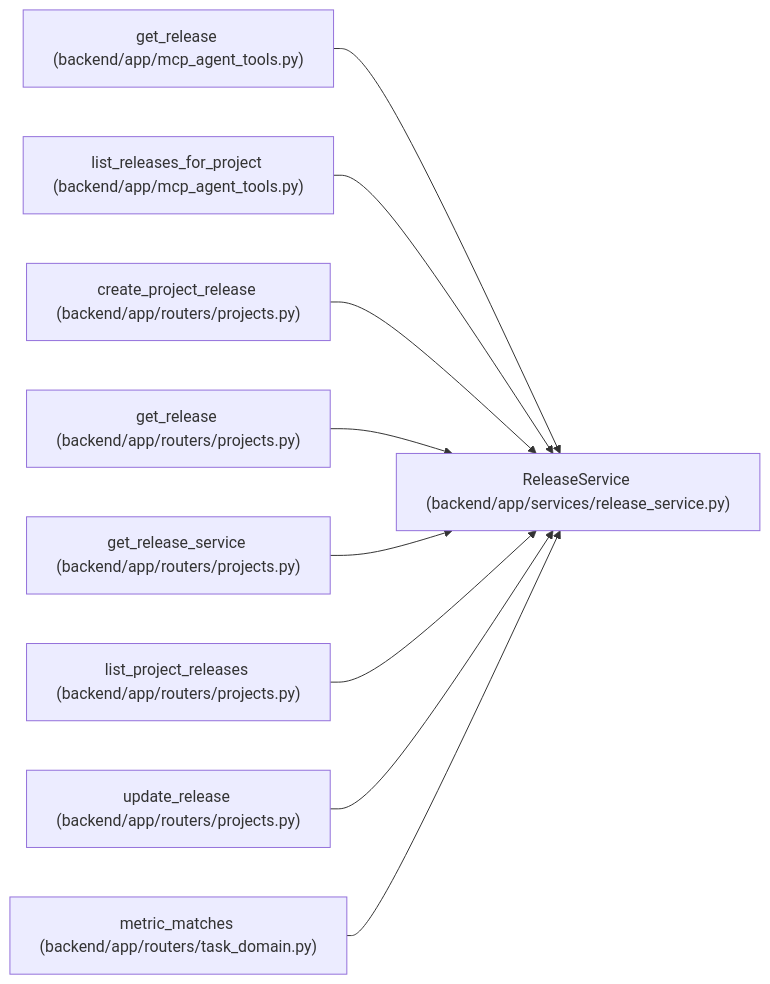
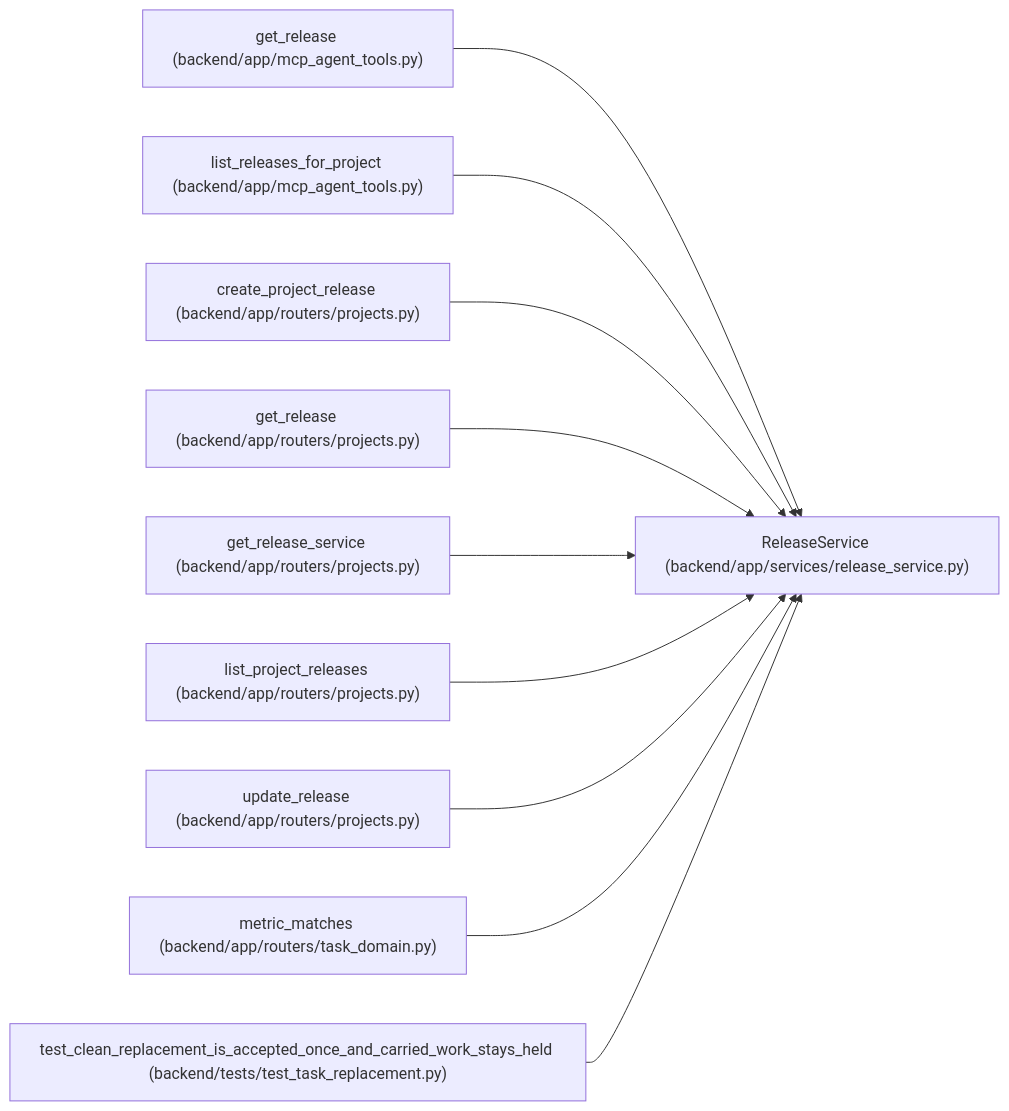
Before and after one commit to Denissvgn/WorkChord: the diagram in docs/llm_wiki/entities/ReleaseService.md, drawn with Mermaid. The commit also changed other lines of this file and 1817 other files, not shown here.

First line of the commit message:
Refresh the architectural wiki for the 1.9.0 changes

````diff
--- a/docs/llm_wiki/entities/ReleaseService.md
+++ b/docs/llm_wiki/entities/ReleaseService.md
@@ -40,29 +40,32 @@
 ```mermaid
 flowchart LR
     n0["ReleaseService (backend/app/services/release_service.py)"]
     n1["get_release (backend/app/mcp_agent_tools.py)"]
     n2["list_releases_for_project (backend/app/mcp_agent_tools.py)"]
     n3["create_project_release (backend/app/routers/projects.py)"]
     n4["get_release (backend/app/routers/projects.py)"]
     n5["get_release_service (backend/app/routers/projects.py)"]
     n6["list_project_releases (backend/app/routers/projects.py)"]
     n7["update_release (backend/app/routers/projects.py)"]
     n8["metric_matches (backend/app/routers/task_domain.py)"]
+    n9["test_clean_replacement_is_accepted_once_and_carried_work_stays_held (backend/tests/test_task_replacement.py)"]
     n1 --> n0
     n2 --> n0
     n3 --> n0
     n4 --> n0
     n5 --> n0
     n6 --> n0
     n7 --> n0
     n8 --> n0
+    n9 --> n0
     click n0 "../modules/release_service.md"
     click n1 "../modules/mcp_agent_tools.md"
     click n2 "../modules/mcp_agent_tools.md"
     click n3 "../modules/projects.md"
     click n4 "../modules/projects.md"
     click n5 "../modules/projects.md"
     click n6 "../modules/projects.md"
     click n7 "../modules/projects.md"
     click n8 "../modules/routers_task_domain.md"
+    click n9 "../modules/test_task_replacement.md"
 ```
````
